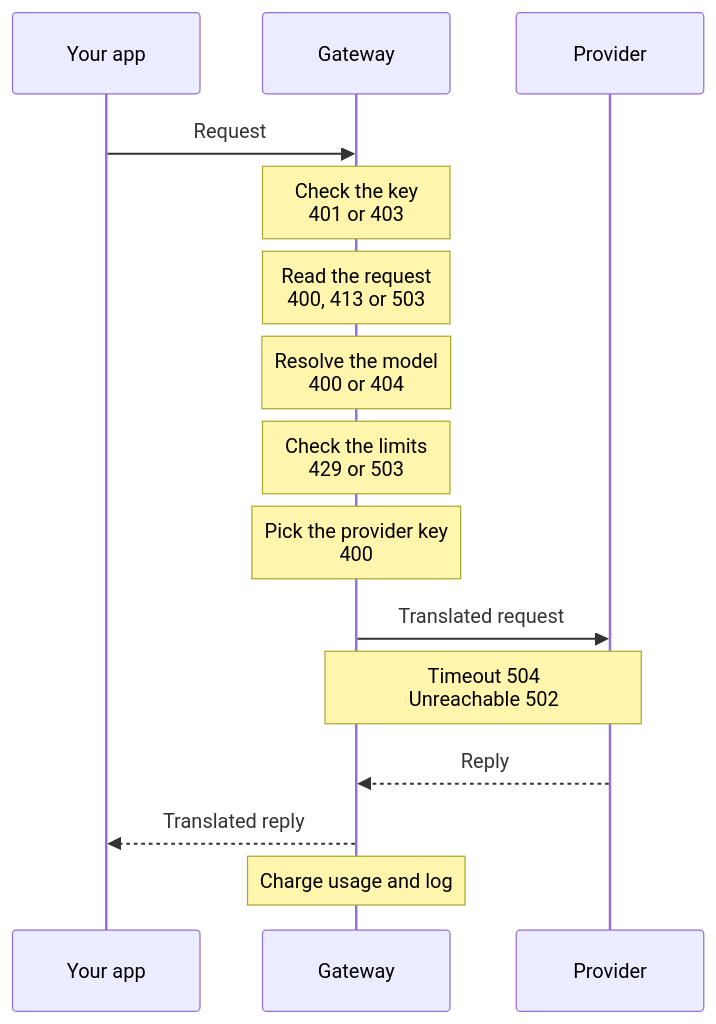
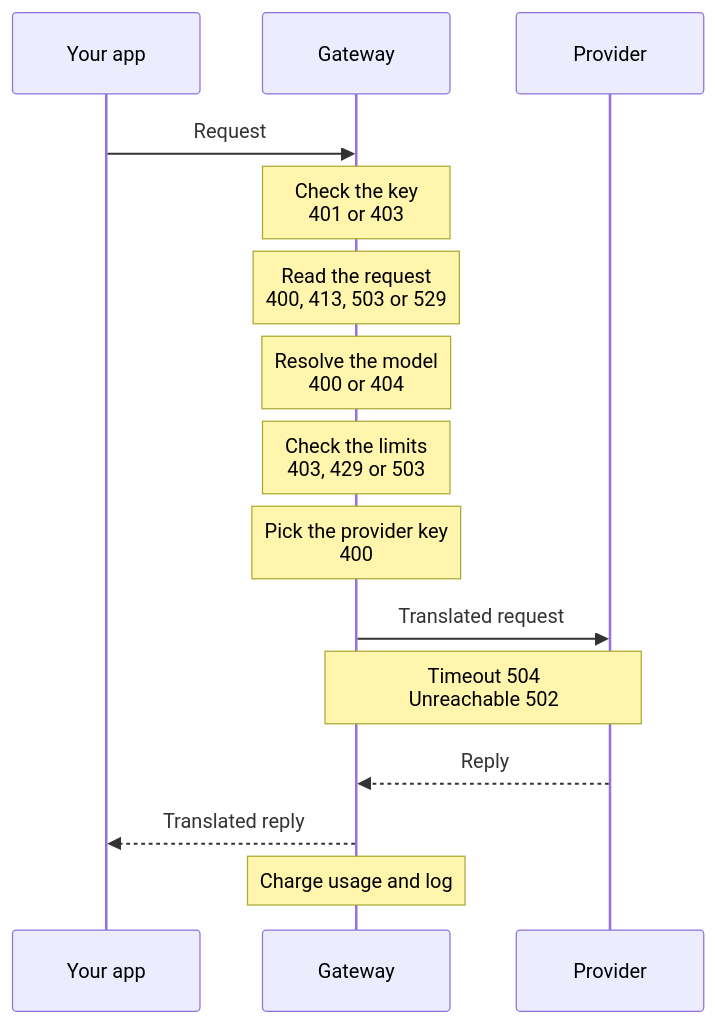
The diagram in apps/docs/content/en/concepts/request-flow.md (logicplanes/kaeso), drawn with Mermaid before and after one commit. The commit also changed other lines of this file and 17 other files, not shown here.

First line of the commit message:
Docs: give the real answers for limits and a busy gateway

````diff
--- a/apps/docs/content/en/concepts/request-flow.md
+++ b/apps/docs/content/en/concepts/request-flow.md
@@ -9,19 +9,19 @@
 ```mermaid
 sequenceDiagram
   accTitle: Request flow
   accDescr: The app sends a request to the gateway. The gateway checks the key, reads the request, resolves the model, checks the limits and picks the provider key, and each check can refuse the request with the statuses shown. It sends the translated request to the provider, returns the translated reply to the app, and then charges usage and logs the request.
   participant App as Your app
   participant Gateway
   participant Provider
   App->>Gateway: Request
   Note over Gateway: Check the key<br>401 or 403
-  Note over Gateway: Read the request<br>400, 413 or 503
+  Note over Gateway: Read the request<br>400, 413, 503 or 529
   Note over Gateway: Resolve the model<br>400 or 404
-  Note over Gateway: Check the limits<br>429 or 503
+  Note over Gateway: Check the limits<br>403, 429 or 503
   Note over Gateway: Pick the provider key<br>400
   Gateway->>Provider: Translated request
   Note over Gateway,Provider: Timeout 504<br>Unreachable 502
   Provider-->>Gateway: Reply
   Gateway-->>App: Translated reply
   Note over Gateway: Charge usage and log
 ```
````
